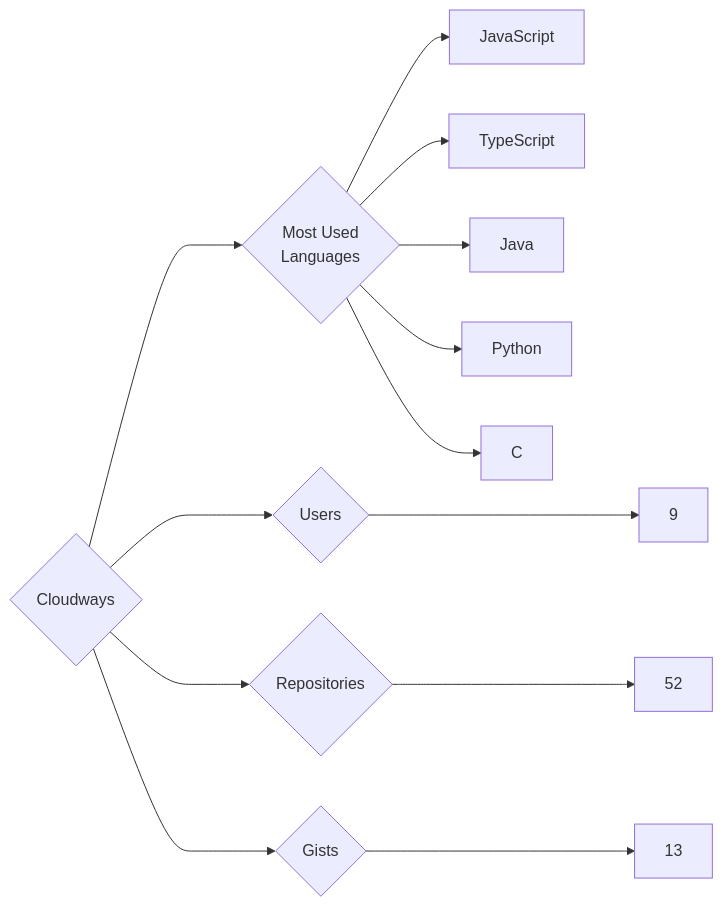
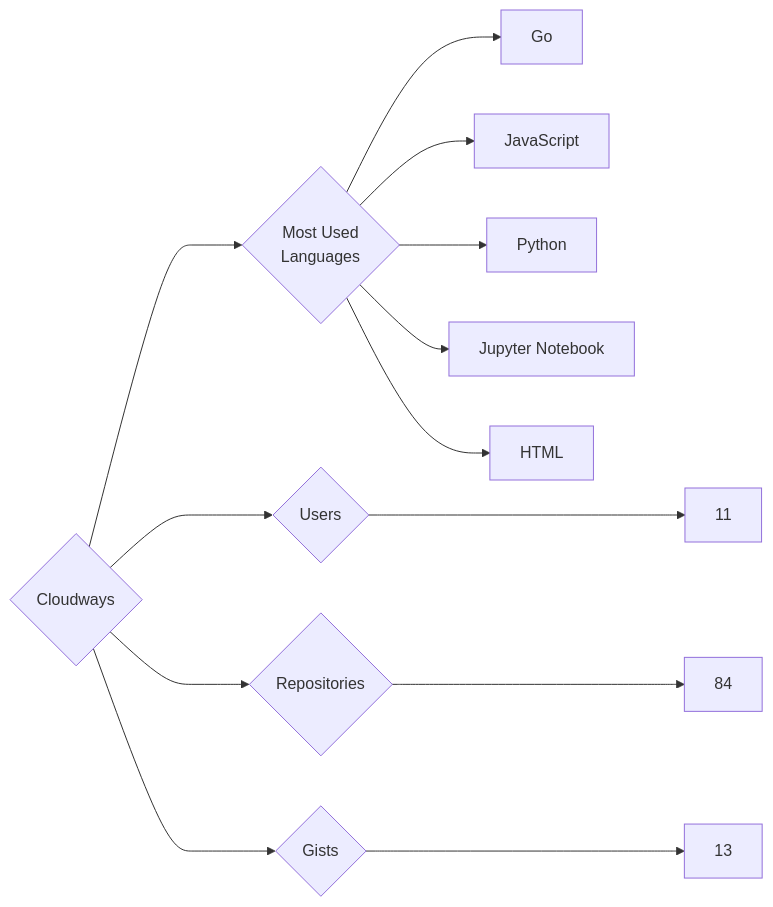
The diagram in targets/Cloudways/README.md (trickest/insiders), drawn with Mermaid before and after one commit. The commit also changed 857 other files, not shown here.

````diff
--- a/targets/Cloudways/README.md
+++ b/targets/Cloudways/README.md
@@ -3,13 +3,13 @@
 ```mermaid
 graph LR
 COMPANY_NAME{Cloudways}
-COMPANY_NAME ---> U{Users} ---> UN[9]
-COMPANY_NAME ---> R{Repositories} ---> RN[52]
+COMPANY_NAME ---> U{Users} ---> UN[11]
+COMPANY_NAME ---> R{Repositories} ---> RN[84]
 COMPANY_NAME ---> G{Gists} ---> GN[13]
 COMPANY_NAME ---> ML{Most Used<br>Languages}
+ML --> Go[Go]
 ML --> JavaScript[JavaScript]
-ML --> TypeScript[TypeScript]
-ML --> Java[Java]
 ML --> Python[Python]
-ML --> C[C]
+ML --> Jupyter_Notebook[Jupyter Notebook]
+ML --> HTML[HTML]
 ```
````
